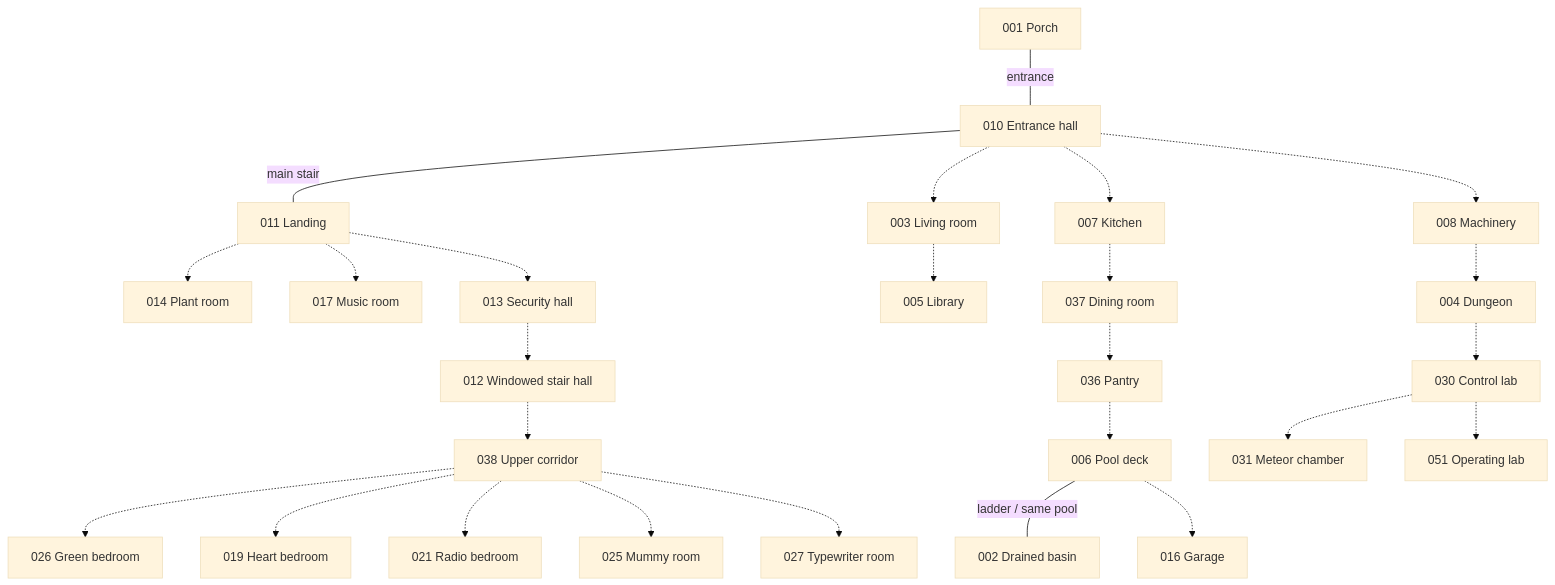
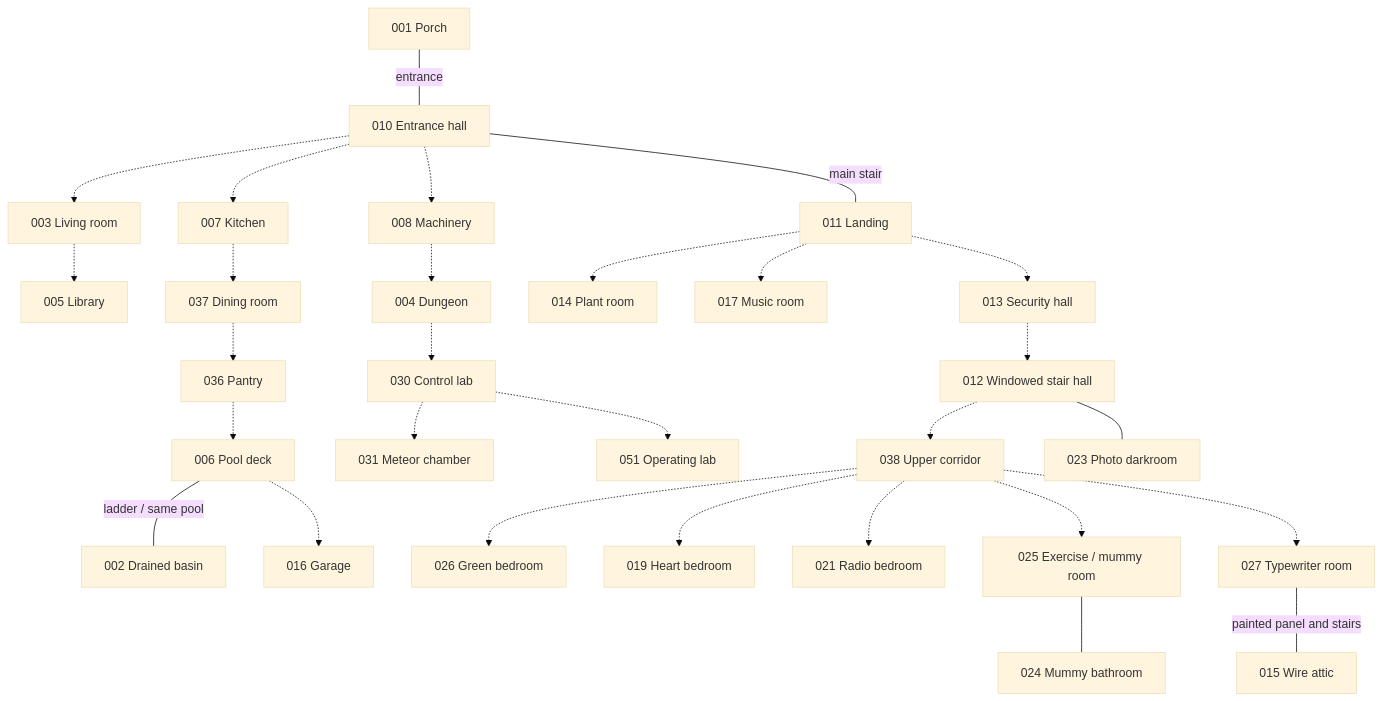
Before and after one commit to s-macke/maniac-mansion-3d: the diagram in docs/connection_map.md, drawn with Mermaid (base theme). The commit also changed other lines of this file and 95 other files, not shown here.

````diff
--- a/docs/connection_map.md
+++ b/docs/connection_map.md
@@ -42,28 +42,31 @@
 ```mermaid
 flowchart TD
     R001["001 Porch"] ---|entrance| R010["010 Entrance hall"]
     R010 ---|main stair| R011["011 Landing"]
     R010 -.-> R003["003 Living room"]
     R003 -.-> R005["005 Library"]
     R010 -.-> R007["007 Kitchen"]
     R007 -.-> R037["037 Dining room"]
     R037 -.-> R036["036 Pantry"]
     R036 -.-> R006["006 Pool deck"]
     R006 ---|ladder / same pool| R002["002 Drained basin"]
     R006 -.-> R016["016 Garage"]
     R010 -.-> R008["008 Machinery"]
     R008 -.-> R004["004 Dungeon"]
     R004 -.-> R030["030 Control lab"]
     R030 -.-> R031["031 Meteor chamber"]
     R030 -.-> R051["051 Operating lab"]
     R011 -.-> R014["014 Plant room"]
     R011 -.-> R017["017 Music room"]
     R011 -.-> R013["013 Security hall"]
     R013 -.-> R012["012 Windowed stair hall"]
     R012 -.-> R038["038 Upper corridor"]
+    R012 --- R023["023 Photo darkroom"]
     R038 -.-> R026["026 Green bedroom"]
     R038 -.-> R019["019 Heart bedroom"]
     R038 -.-> R021["021 Radio bedroom"]
-    R038 -.-> R025["025 Mummy room"]
+    R038 -.-> R025["025 Exercise / mummy room"]
+    R025 --- R024["024 Mummy bathroom"]
     R038 -.-> R027["027 Typewriter room"]
+    R027 ---|painted panel and stairs| R015["015 Wire attic"]
 ```
````
